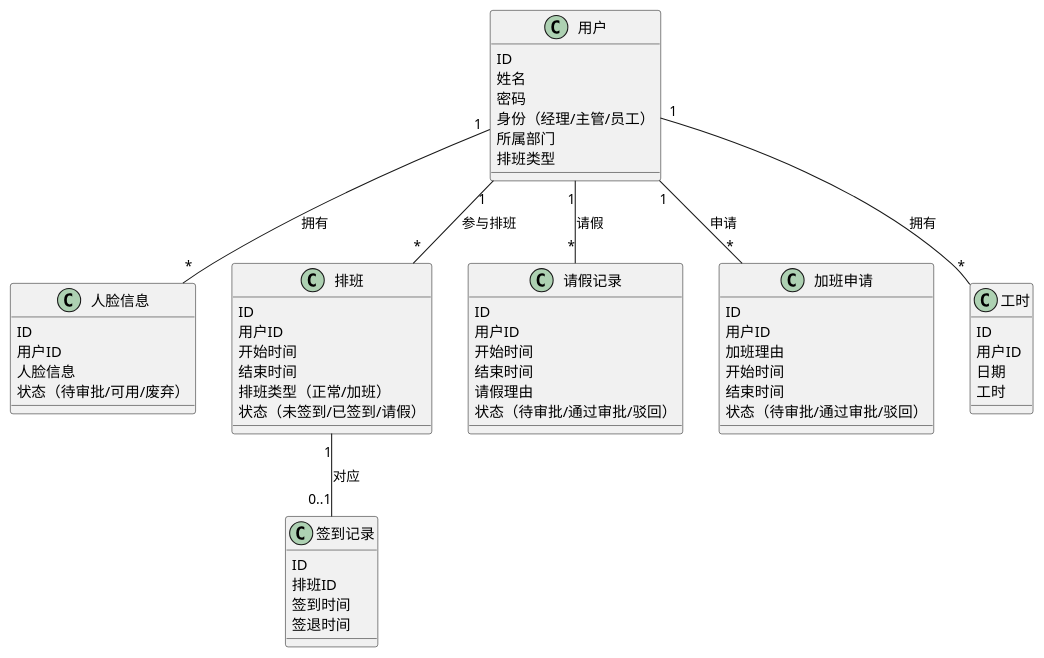
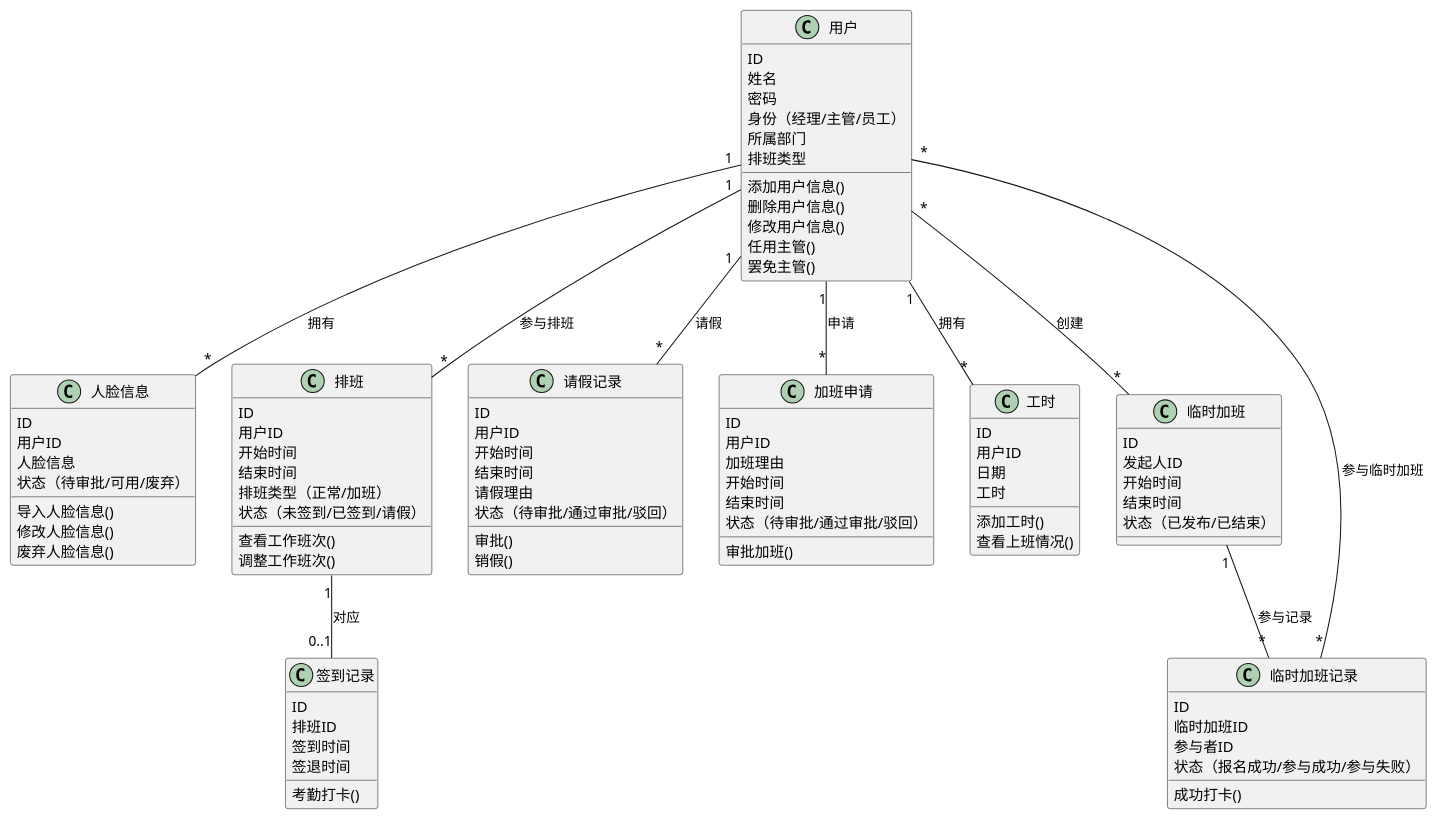
The diagram in class_diagram.wsd (szdx4/attsys-docs), drawn with PlantUML before and after one commit. The commit also changed 2 other files, not shown here.

```diff
--- a/class_diagram.wsd
+++ b/class_diagram.wsd
@@ -1,70 +1,119 @@
 @startuml
 
 ' 类图
 
 class 用户 {
     ID
     姓名
     密码
     身份（经理/主管/员工）
     所属部门
     排班类型
+
+    添加用户信息()
+    删除用户信息()
+    修改用户信息()
+    任用主管()
+    罢免主管()
+
 }
 
 class 人脸信息 {
     ID
     用户ID
     人脸信息
     状态（待审批/可用/废弃）
+
+    导入人脸信息()
+    修改人脸信息()
+    废弃人脸信息()
 }
 
 class 排班 {
     ID
     用户ID
     开始时间
     结束时间
     排班类型（正常/加班）
     状态（未签到/已签到/请假）
+    
+    查看工作班次()
+    调整工作班次()
 }
 
 class 签到记录 {
     ID
     排班ID
     签到时间
     签退时间
+
+    考勤打卡()
 }
 
 class 请假记录 {
     ID
     用户ID
     开始时间
     结束时间
     请假理由
     状态（待审批/通过审批/驳回）
+
+    审批()
+    销假()
 }
 
 class 加班申请 {
     ID
     用户ID
     加班理由
     开始时间
     结束时间
     状态（待审批/通过审批/驳回）
 
+    审批加班()
 }
 
 class 工时 {
     ID
     用户ID
     日期
     工时
+
+    添加工时()
+    查看上班情况()
+}
+
+class 临时加班 {
+    ID
+    发起人ID
+    开始时间
+    结束时间
+    状态（已发布/已结束）
+}
+
+class 临时加班记录 {
+    ID
+    临时加班ID
+    参与者ID
+    状态（报名成功/参与成功/参与失败）
+
+    成功打卡()
 }
 
 用户 "1" -- "*" 排班 : 参与排班
 用户 "1" -- "*" 请假记录 : 请假
 用户 "1" -- "*" 加班申请 : 申请
 用户 "1" -- "*" 人脸信息 : 拥有
 排班 "1" -- "0..1" 签到记录 : 对应
 用户 "1" -- "*" 工时 : 拥有
 
+用户 "*" -- "*" 临时加班 : 创建
+用户 "*" -- "*" 临时加班记录 : 参与临时加班
+临时加班 "1" -- "*" 临时加班记录 : 参与记录
+
+' 用户 .> 排班 : 查看上班情况
+' 用户 .> 请假记录 : 审批请假记录
+' 用户 .> 加班申请 : 审批加班申请
+' 签到记录 .> 临时加班记录 : 确认打卡
+' 签到记录 .> 工时 : 添加工时
 @enduml
```
